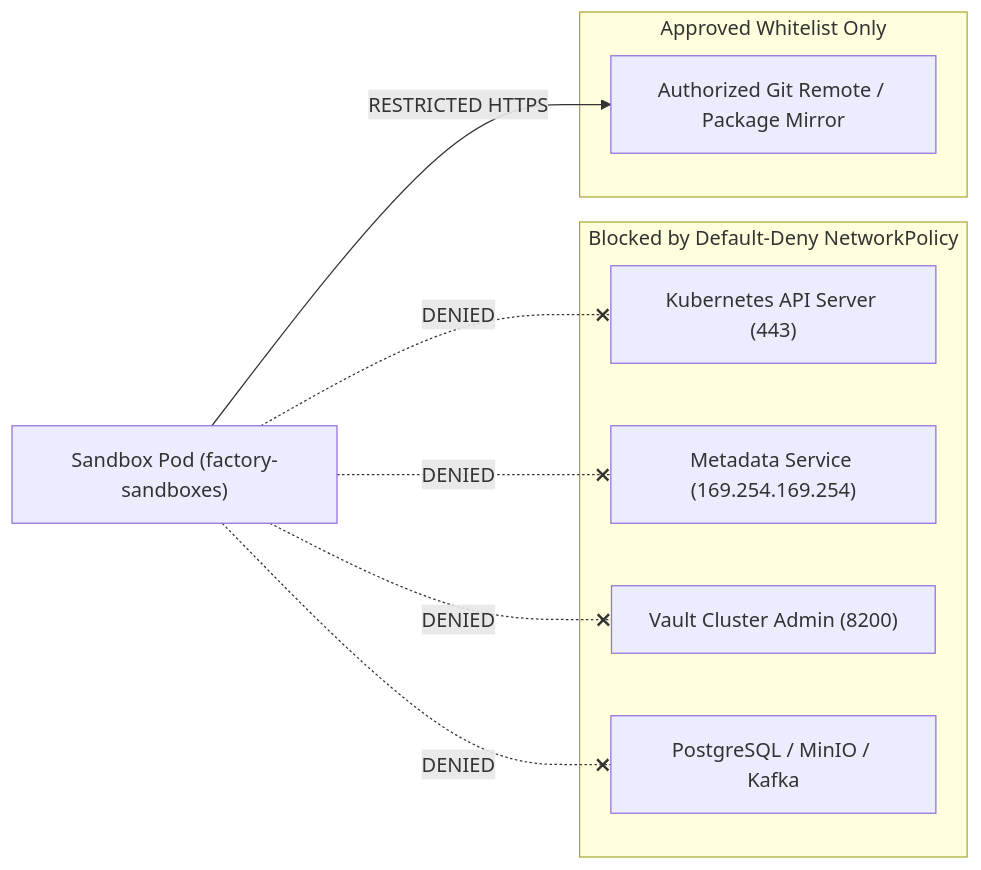
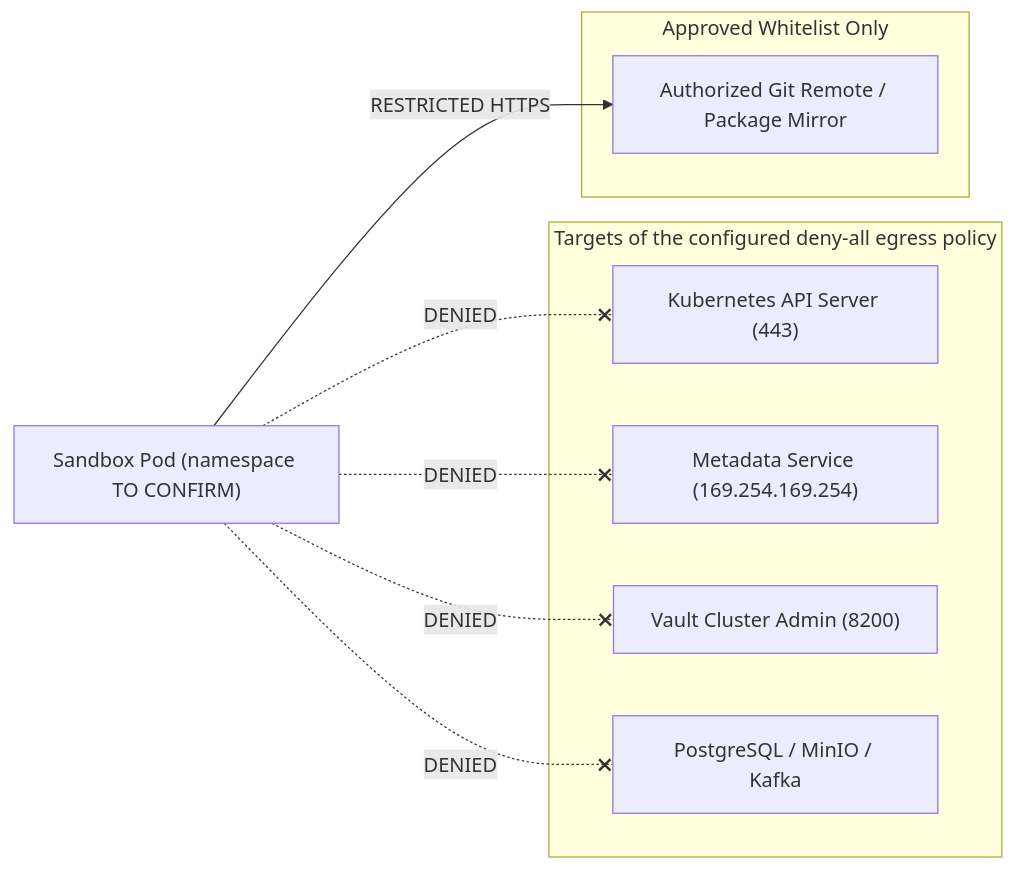
One commit to lgcorzo/rust_CACD_autonomous_factory changed the second of 2 diagrams in docs/architecture/DEPLOYMENT_ARCHITECTURE.md. Above: the diagram before and after it, drawn with Mermaid. The commit also changed other lines of this file and 77 other files, not shown here.

````diff
--- a/docs/architecture/DEPLOYMENT_ARCHITECTURE.md
+++ b/docs/architecture/DEPLOYMENT_ARCHITECTURE.md
@@ -64,21 +66,21 @@
 ```mermaid
 flowchart LR
-    SandboxWorkload["Sandbox Pod (factory-sandboxes)"]
+    SandboxWorkload["Sandbox Pod (namespace TO CONFIRM)"]
     
-    subgraph DeniedEndpoints ["Blocked by Default-Deny NetworkPolicy"]
+    subgraph DeniedEndpoints ["Targets of the configured deny-all egress policy"]
         KubeAPI["Kubernetes API Server (443)"]
         Metadata["Metadata Service (169.254.169.254)"]
         VaultAdmin["Vault Cluster Admin (8200)"]
         InternalDBs["PostgreSQL / MinIO / Kafka"]
     end
 
     subgraph AllowedEndpoints ["Approved Whitelist Only"]
         GitHost["Authorized Git Remote / Package Mirror"]
     end
 
     SandboxWorkload -.-x|DENIED| KubeAPI
     SandboxWorkload -.-x|DENIED| Metadata
     SandboxWorkload -.-x|DENIED| VaultAdmin
     SandboxWorkload -.-x|DENIED| InternalDBs
     SandboxWorkload -->|RESTRICTED HTTPS| GitHost
 ```
````
